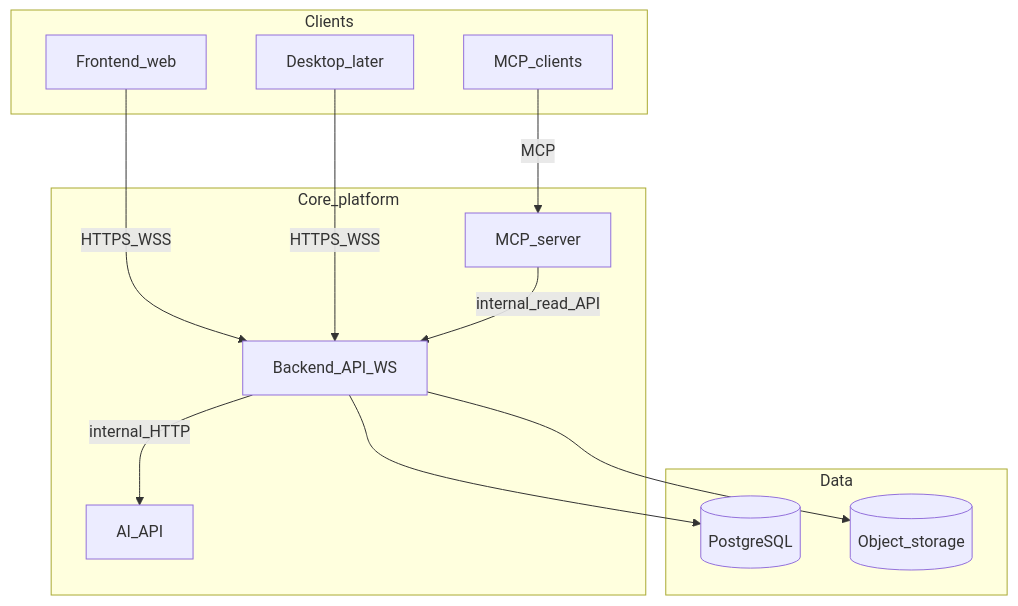
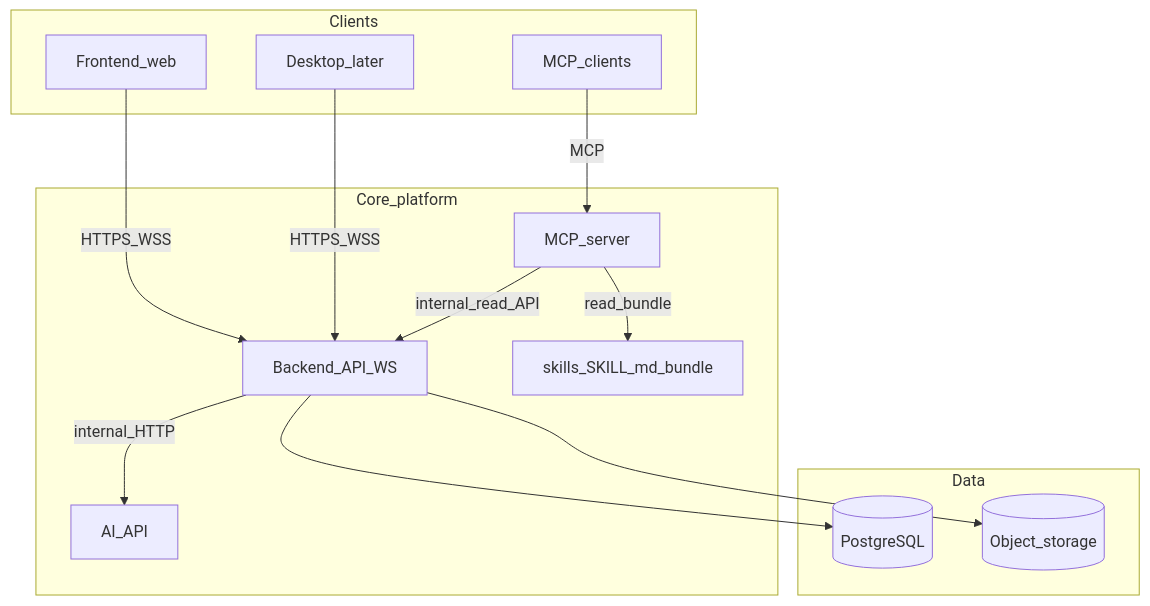
The diagram in README.md (Flash-shy/InkEcho), drawn with Mermaid before and after one commit. The commit also changed other lines of this file, not shown here.

First line of the commit message:
docs: document MCP-bundled Agent Skills and RAG citation skill

````diff
--- a/README.md
+++ b/README.md
@@ -41,24 +41,26 @@
 ```mermaid
 flowchart TB
   subgraph clients [Clients]
     Web[Frontend_web]
     MCPClient[MCP_clients]
     FutureDesktop[Desktop_later]
   end
   subgraph core [Core_platform]
     Backend[Backend_API_WS]
     AIAPI[AI_API]
     MCP[MCP_server]
+    SkillsBundle[skills_SKILL_md_bundle]
   end
   subgraph data [Data]
     PG[(PostgreSQL)]
     OBJ[(Object_storage)]
   end
   Web -->|HTTPS_WSS| Backend
   FutureDesktop -->|HTTPS_WSS| Backend
   Backend --> PG
   Backend --> OBJ
   Backend -->|internal_HTTP| AIAPI
   MCPClient -->|MCP| MCP
   MCP -->|internal_read_API| Backend
+  MCP -->|read_bundle| SkillsBundle
 ```
````
